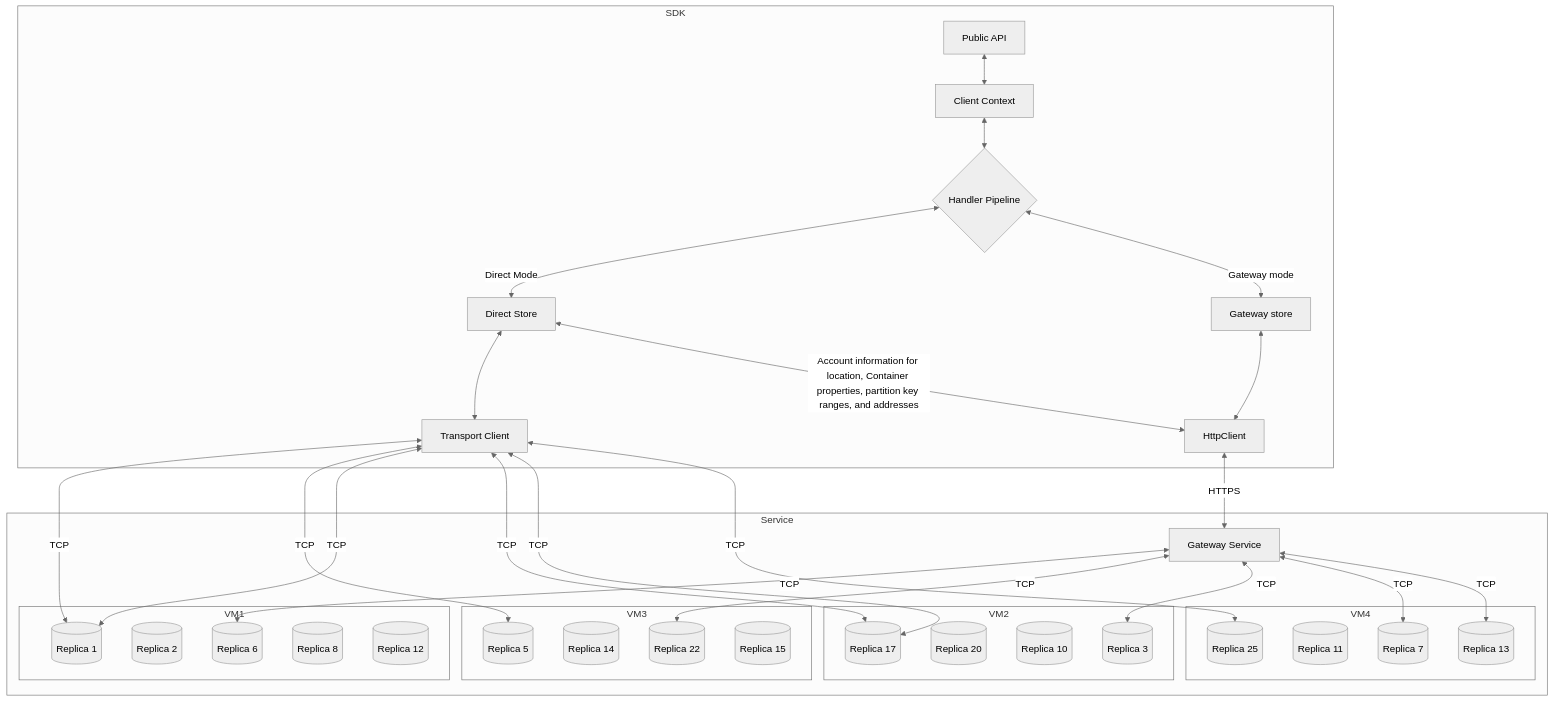
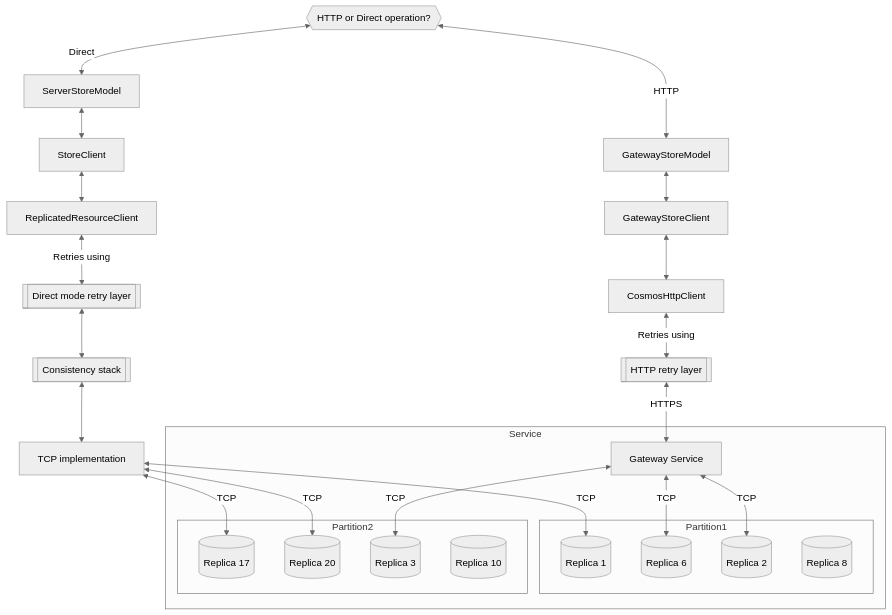
Before and after one commit to Azure/azure-cosmos-dotnet-v3: the third of 6 diagrams in docs/SdkDesign.md, drawn with Mermaid (neutral theme). The commit also changed other lines of this file, not shown here.

First line of the commit message:
[Internal] Documentation: Refactors SDK design and component documentation (#3417)

````diff
--- a/docs/SdkDesign.md
+++ b/docs/SdkDesign.md
@@ -1,62 +63,43 @@
 ```mermaid
 flowchart
+    Start{{HTTP or Direct operation?}}
+        Start <-- HTTP --> GatewayStoreModel
+        Start <-- Direct --> ServerStoreModel
+        
+        TCPClient <-- TCP --> R1
+        TCPClient <-- TCP --> R17
+        TCPClient <-- TCP --> R20
+
+        GatewayService <-- TCP --> R6
+        GatewayService <-- TCP --> R3
+        GatewayService <-- TCP --> R2
+
+        ServerStoreModel <--> StoreClient
+        StoreClient <--> ReplicatedResourceClient
+        ReplicatedResourceClient <-- Retries using --> DirectRetry[[Direct mode retry layer]]
+        DirectRetry <--> Consistency[[Consistency stack]]
+        Consistency <--> TCPClient[TCP implementation]
+
+        GatewayStoreModel <--> GatewayStoreClient
+        GatewayStoreClient <--> CosmosHttpClient
+        CosmosHttpClient <-- Retries using --> HttpTimeoutPolicy[[HTTP retry layer]]
+        HttpTimeoutPolicy <-- HTTPS --> GatewayService
     subgraph Service
-        subgraph VM1
+        subgraph Partition1
             R1[(Replica 1)]
             R2[(Replica 2)]
             R6[(Replica 6)]
             R8[(Replica 8)]
-            R12[(Replica 12)]
         end
-        subgraph VM2
+        subgraph Partition2
             R3[(Replica 3)]
             R20[(Replica 20)]
             R10[(Replica 10)]
             R17[(Replica 17)]
             
         end
-        subgraph VM3
-            R5[(Replica 5)]
-            R14[(Replica 14)]
-            R22[(Replica 22)]
-            R15[(Replica 15)]
-            
-        end
-        subgraph VM4
-            R7[(Replica 7)]
-            R11[(Replica 11)]
-            R13[(Replica 13)]
-            R25[(Replica 25)]
-            
-        end
+
         GatewayService[Gateway Service]
-    end
-    subgraph SDK
-        Direct[Direct Store]
-        PublicApi[Public API]
-        PublicApi <--> ClientContext[Client Context]
-        ClientContext <--> Pipeline{Handler Pipeline}
-        Pipeline <-- Direct Mode --> Direct
-        Direct <--> TransportClient[Transport Client]
-        
-        TransportClient <-- TCP --> R1
-        TransportClient <-- TCP --> R5
-        TransportClient <-- TCP --> R1
-        TransportClient <-- TCP --> R17
-        TransportClient <-- TCP --> R17
-        TransportClient <-- TCP --> R25
-
-        GatewayService <-- TCP --> R6
-        GatewayService <-- TCP --> R22
-        GatewayService <-- TCP --> R3
-        GatewayService <-- TCP --> R7
-        GatewayService <-- TCP --> R13
-
-        Pipeline <-- Gateway mode --> GatewayStore[Gateway store]
-
-        GatewayStore <--> HttpClient[HttpClient]
-        Direct <-- Account information for location, Container properties, partition key ranges, and addresses --> HttpClient[HttpClient]
-        HttpClient <-- HTTPS --> GatewayService
     end
 
 ```
````
